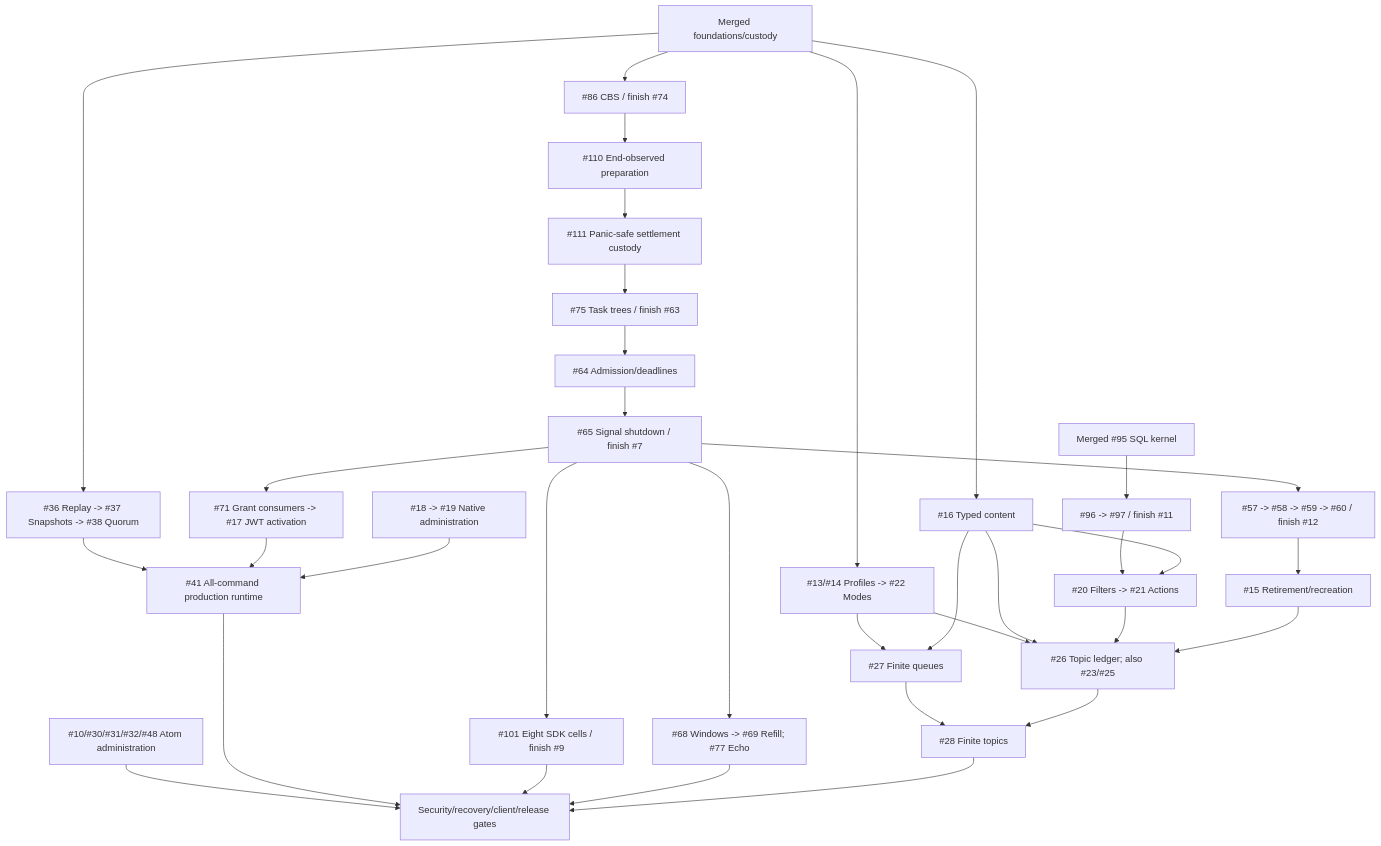
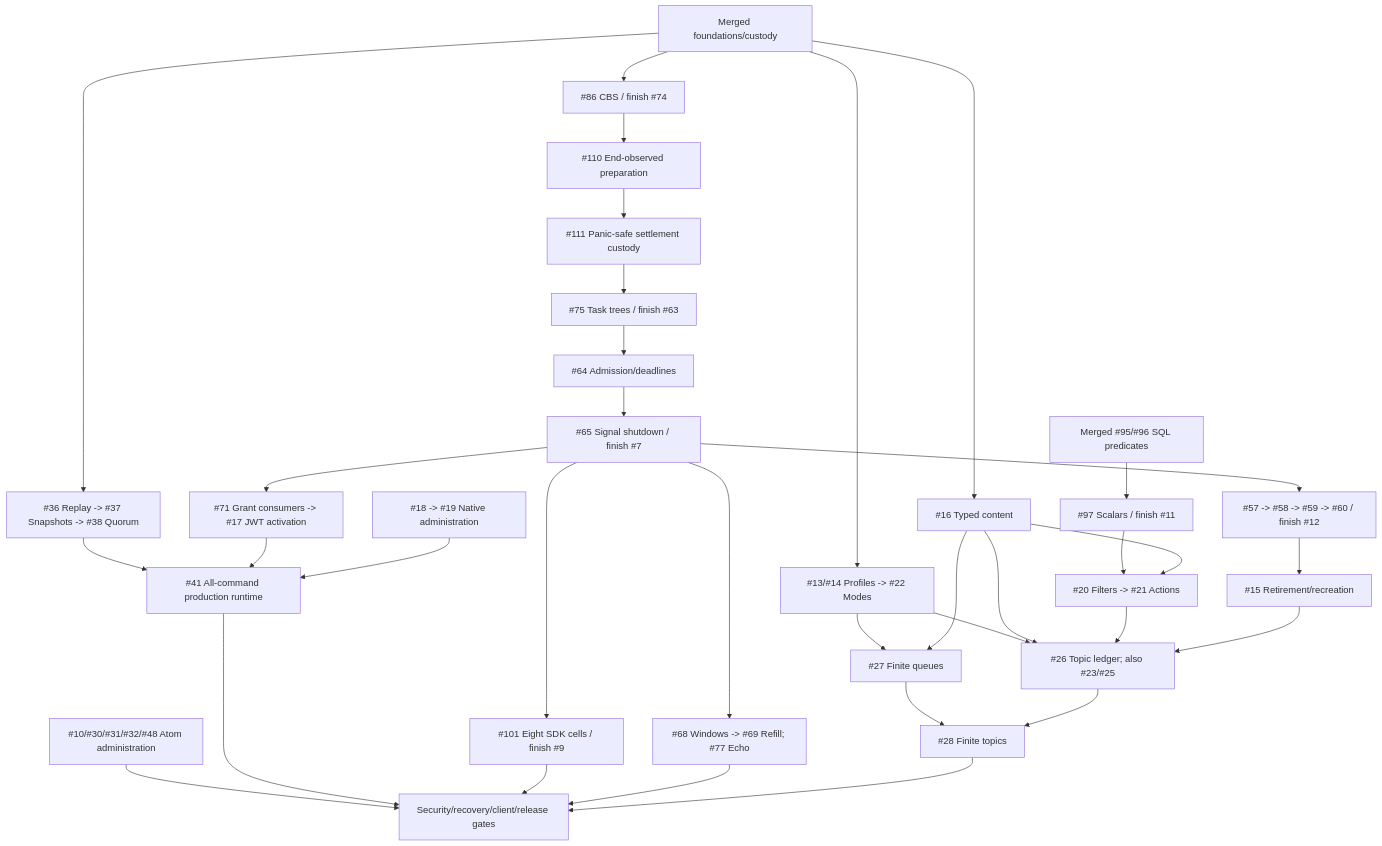
The diagram in docs/roadmap.md (DeandreT/switchyard), drawn with Mermaid before and after one commit. The commit also changed other lines of this file and 10 other files, not shown here.

````diff
--- a/docs/roadmap.md
+++ b/docs/roadmap.md
@@ -68,36 +68,36 @@
 ```mermaid
 flowchart TD
     Main["Merged foundations/custody"] --> CBS["#86 CBS / finish #74"]
     CBS --> Prep["#110 End-observed preparation"]
     Prep --> Panic["#111 Panic-safe settlement custody"]
     Panic --> Trees["#75 Task trees / finish #63"]
     Trees --> Admission["#64 Admission/deadlines"]
     Admission --> Signals["#65 Signal shutdown / finish #7"]
     Signals --> Authority["#57 -> #58 -> #59 -> #60 / finish #12"]
     Authority --> Delete["#15 Retirement/recreation"]
     Signals --> Grants["#71 Grant consumers -> #17 JWT activation"]
     Signals --> Matrix["#101 Eight SDK cells / finish #9"]
     Signals --> Windows["#68 Windows -> #69 Refill; #77 Echo"]
     Main --> Profiles["#13/#14 Profiles -> #22 Modes"]
     Main --> Content["#16 Typed content"]
-    Kernel["Merged #95 SQL kernel"] --> SQL["#96 -> #97 / finish #11"]
+    Kernel["Merged #95/#96 SQL predicates"] --> SQL["#97 Scalars / finish #11"]
     SQL --> Rules["#20 Filters -> #21 Actions"]
     Content --> Rules
     Profiles --> Queue["#27 Finite queues"]
     Content --> Queue
     Profiles --> Ledger["#26 Topic ledger; also #23/#25"]
     Content --> Ledger
     Rules --> Ledger
     Delete --> Ledger
     Queue --> Topic["#28 Finite topics"]
     Ledger --> Topic
     Main --> Log["#36 Replay -> #37 Snapshots -> #38 Quorum"]
     Log --> Runtime["#41 All-command production runtime"]
     Grants --> Runtime
     Admin["#18 -> #19 Native administration"] --> Runtime
     Atom["#10/#30/#31/#32/#48 Atom administration"] --> Gates
     Runtime --> Gates["Security/recovery/client/release gates"]
     Matrix --> Gates
     Windows --> Gates
     Topic --> Gates
 ```
````
